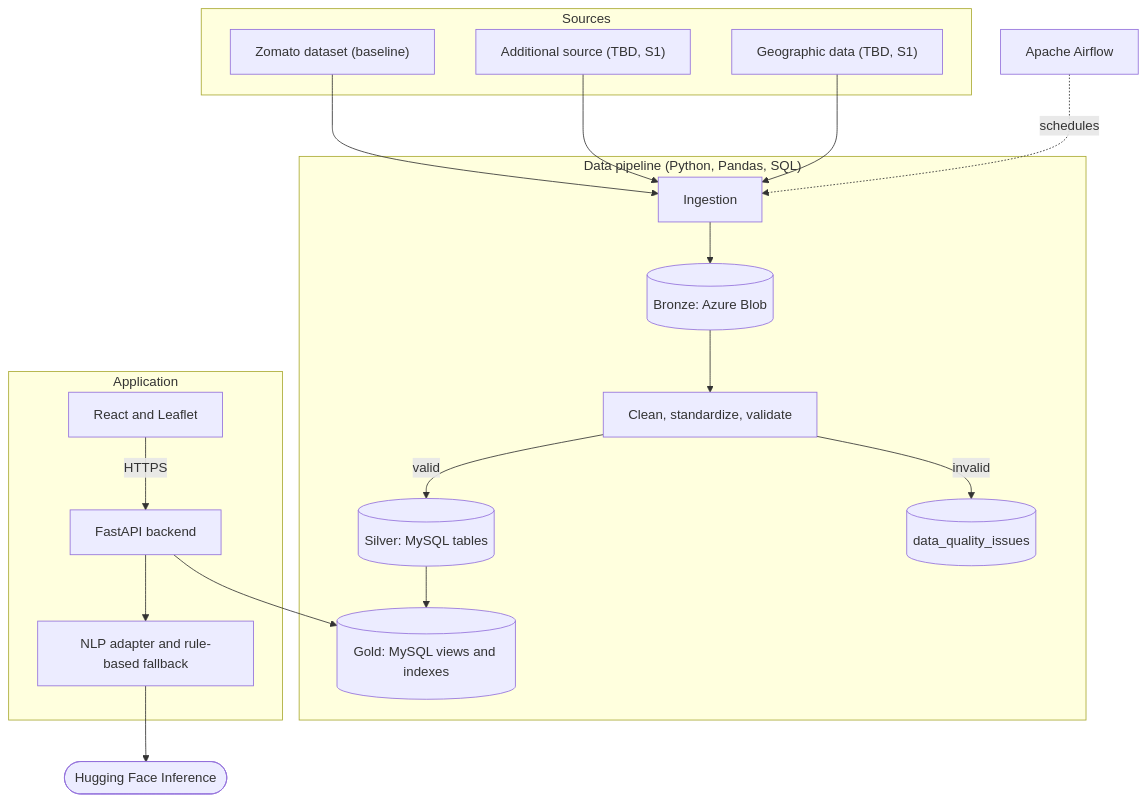
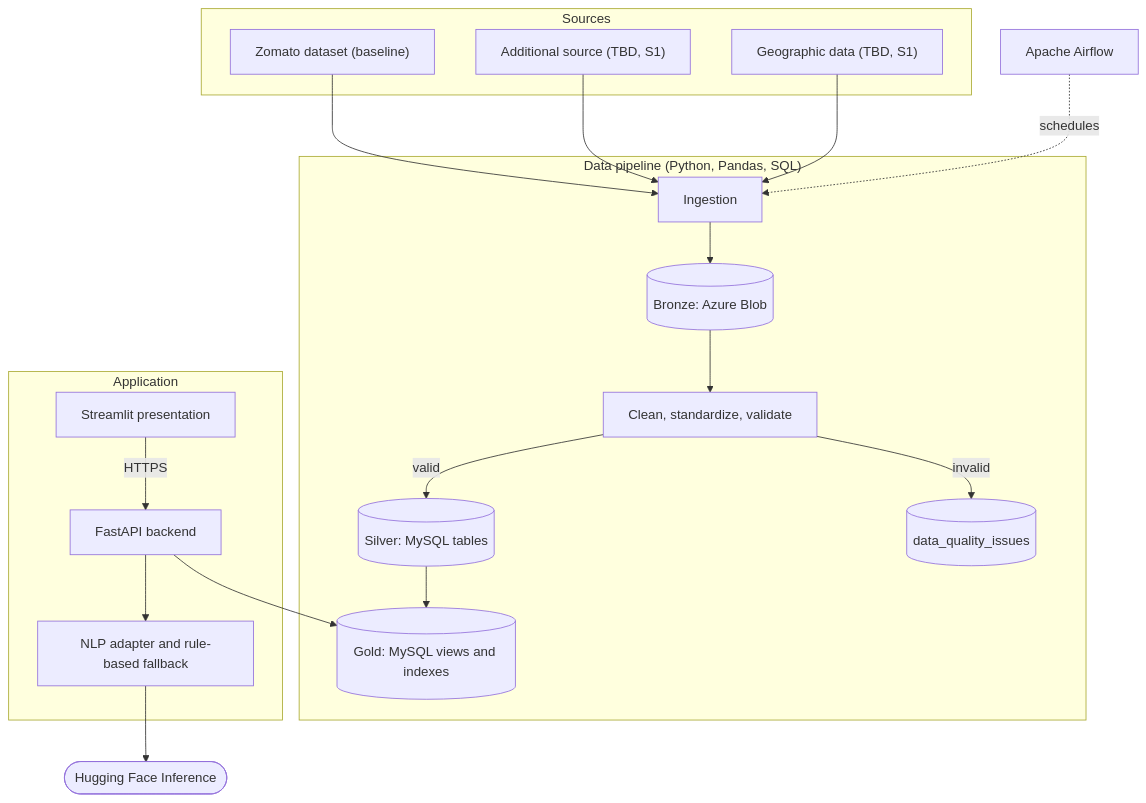
The second of 9 diagrams in docs/ARCHITECTURE.md (Ziad17-Ai/Global-Restaurant-Explorer-), drawn with Mermaid before and after one commit. The commit also changed other lines of this file and 12 other files, not shown here.

Commit message:
refactor(docs): migrate package.json file for the web application, eliminating all associated scripts and dependencies; use streamlit

````diff
--- a/docs/ARCHITECTURE.md
+++ b/docs/ARCHITECTURE.md
@@ -40,36 +40,36 @@
 ```mermaid
 flowchart TB
     subgraph SRC["Sources"]
         Z["Zomato dataset (baseline)"]
         O["Additional source (TBD, S1)"]
         G["Geographic data (TBD, S1)"]
     end
     subgraph PIPE["Data pipeline (Python, Pandas, SQL)"]
         ING["Ingestion"]
         BR[("Bronze: Azure Blob")]
         CLN["Clean, standardize, validate"]
         SIL[("Silver: MySQL tables")]
         QUA[("data_quality_issues")]
         GLD[("Gold: MySQL views and indexes")]
         ING --> BR
         BR --> CLN
         CLN -->|valid| SIL
         CLN -->|invalid| QUA
         SIL --> GLD
     end
     AF["Apache Airflow"]
     subgraph APP["Application"]
-        WEB["React and Leaflet"]
+        WEB["Streamlit presentation"]
         API["FastAPI backend"]
         NLPA["NLP adapter and rule-based fallback"]
         WEB -->|HTTPS| API
         API --> NLPA
     end
     HF(["Hugging Face Inference"])
     Z --> ING
     O --> ING
     G --> ING
     AF -.->|schedules| ING
     API --> GLD
     NLPA --> HF
 ```
````
